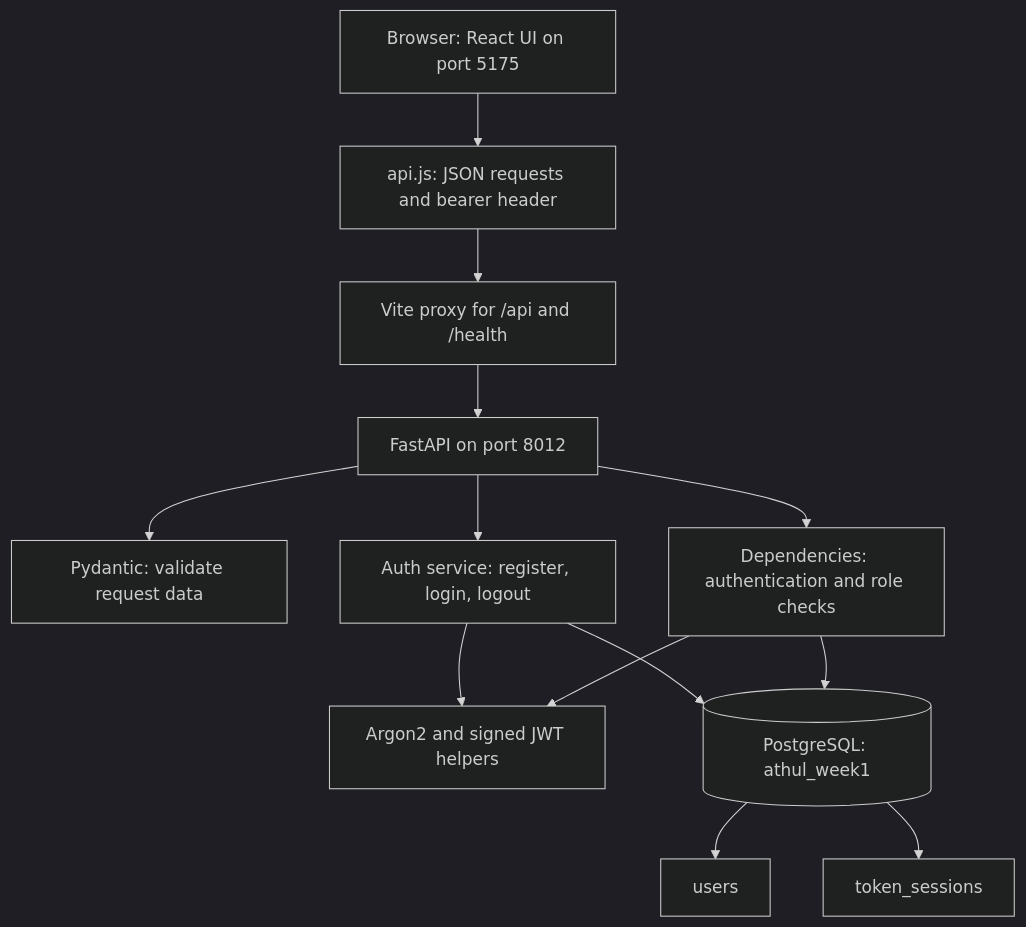
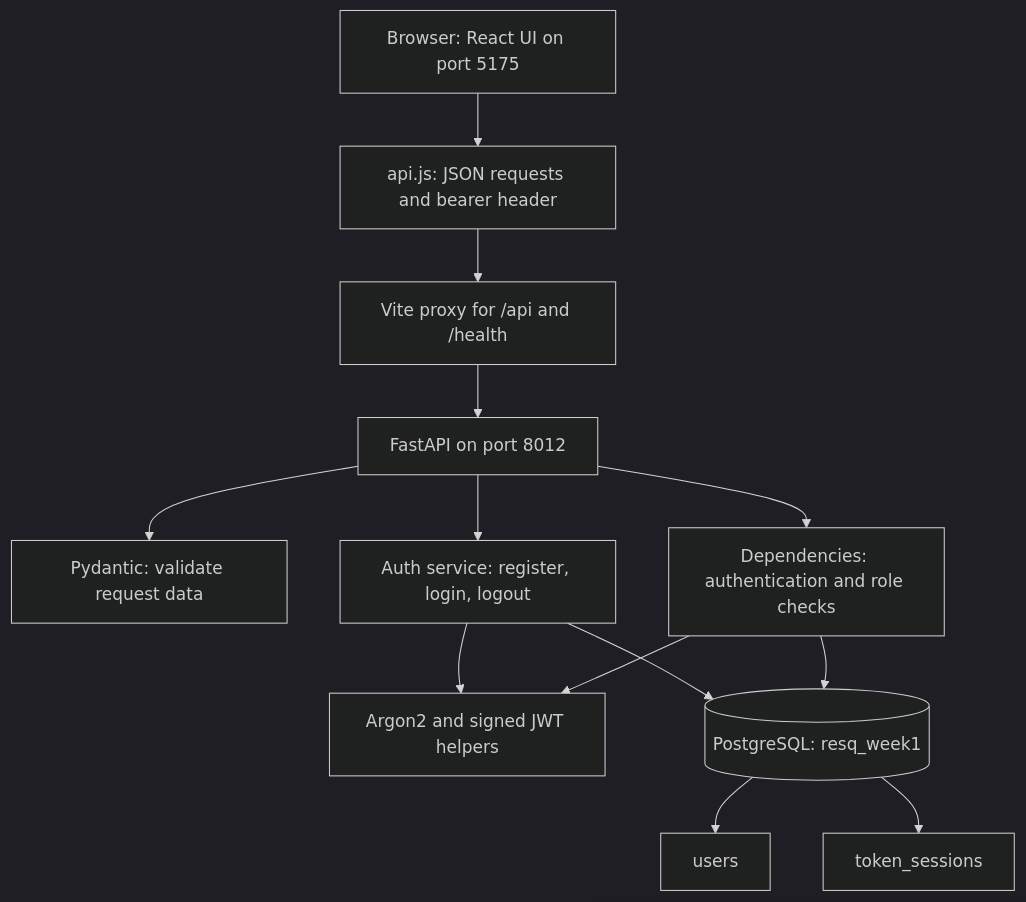
The first of 3 diagrams in docs/CODE_EXPLANATION.md (Athulanisoya/ResQ-Kerala), drawn with Mermaid (dark theme) before and after one commit. The commit also changed other lines of this file and 10 other files, not shown here.

````diff
--- a/docs/CODE_EXPLANATION.md
+++ b/docs/CODE_EXPLANATION.md
@@ -59,15 +61,15 @@
 ```mermaid
 flowchart TD
     Browser[Browser: React UI on port 5175] --> Client[api.js: JSON requests and bearer header]
     Client --> Proxy[Vite proxy for /api and /health]
     Proxy --> API[FastAPI on port 8012]
     API --> Schemas[Pydantic: validate request data]
     API --> Permissions[Dependencies: authentication and role checks]
     API --> Service[Auth service: register, login, logout]
     Service --> Security[Argon2 and signed JWT helpers]
-    Service --> DB[(PostgreSQL: athul_week1)]
+    Service --> DB[(PostgreSQL: resq_week1)]
     Permissions --> Security
     Permissions --> DB
     DB --> Users[users]
     DB --> Sessions[token_sessions]
 ```
````
